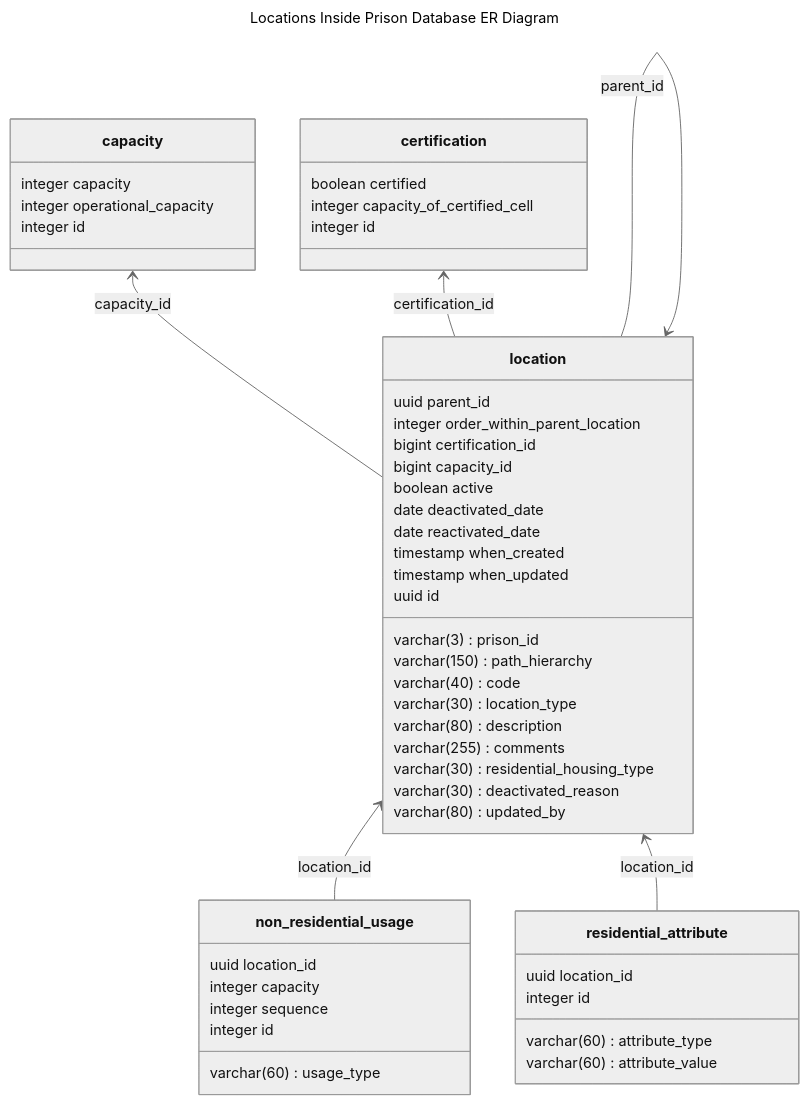
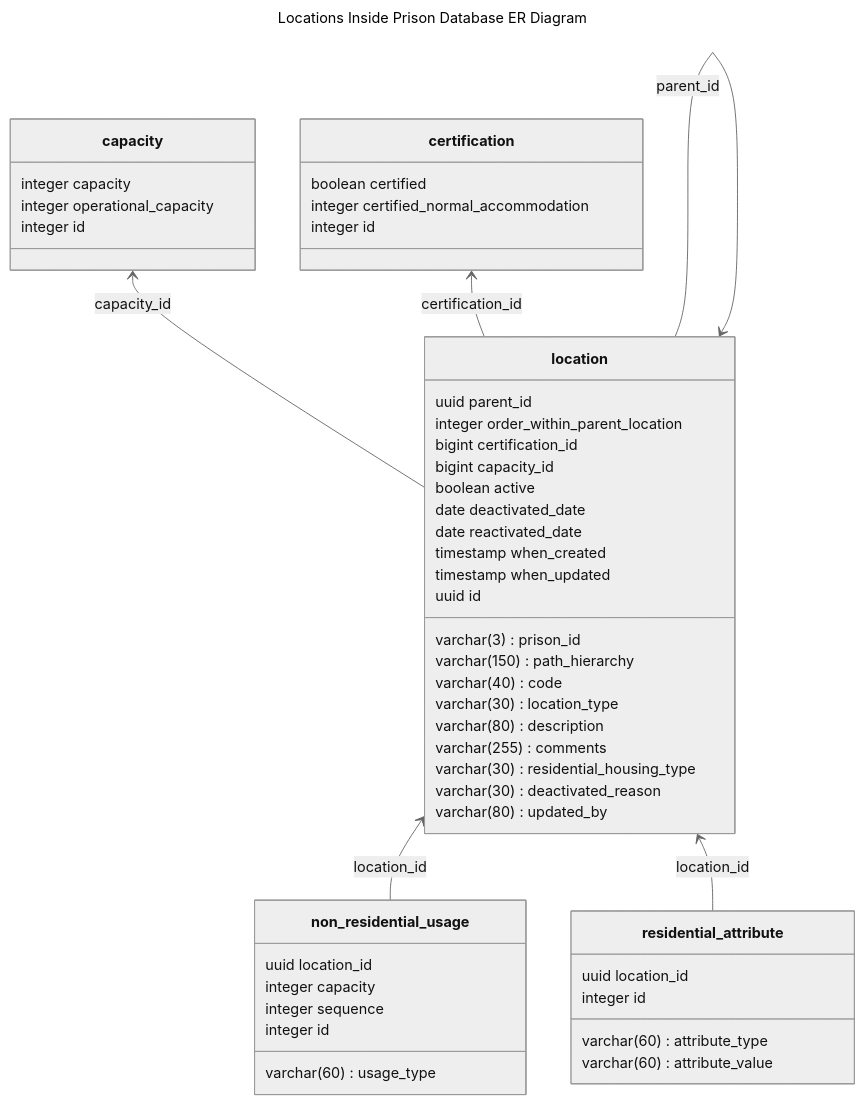
The first of 2 diagrams in docs/0004-location-db-design.md (ministryofjustice/hmpps-locations-inside-prison-api), drawn with Mermaid (neutral theme) before and after one commit. The commit also changed other lines of this file and 40 other files, not shown here.

````diff
--- a/docs/0004-location-db-design.md
+++ b/docs/0004-location-db-design.md
@@ -15,59 +15,59 @@
 ```mermaid
 ---
 title: Locations Inside Prison Database ER Diagram
 ---
 
 classDiagram
     direction BT
     class capacity {
         integer capacity
         integer operational_capacity
         integer id
     }
     class certification {
         boolean certified
-        integer capacity_of_certified_cell
+        integer certified_normal_accommodation
         integer id
     }
     class location {
         varchar(3) prison_id
         varchar(150) path_hierarchy
         varchar(40) code
         varchar(30) location_type
         uuid parent_id
         varchar(80) description
         varchar(255) comments
         integer order_within_parent_location
         varchar(30) residential_housing_type
         bigint certification_id
         bigint capacity_id
         boolean active
         date deactivated_date
         varchar(30) deactivated_reason
         date reactivated_date
         timestamp when_created
         timestamp when_updated
         varchar(80) updated_by
         uuid id
     }
 
     class non_residential_usage {
         uuid location_id
         varchar(60) usage_type
         integer capacity
         integer sequence
         integer id
     }
     class residential_attribute {
         uuid location_id
         varchar(60) attribute_type
         varchar(60) attribute_value
         integer id
     }
 
     location  -->  capacity : capacity_id
     location  -->  certification : certification_id
     location  -->  location : parent_id
     non_residential_usage  -->  location : location_id
     residential_attribute  -->  location : location_id
 ```
````
